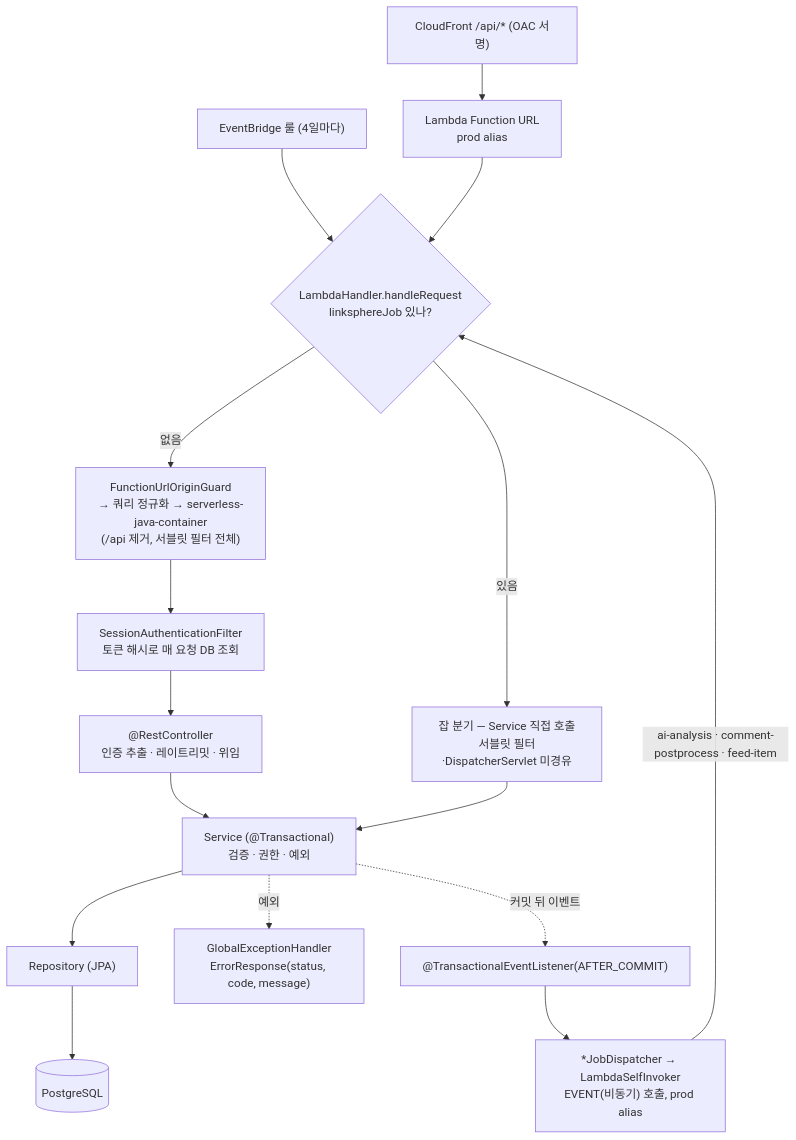
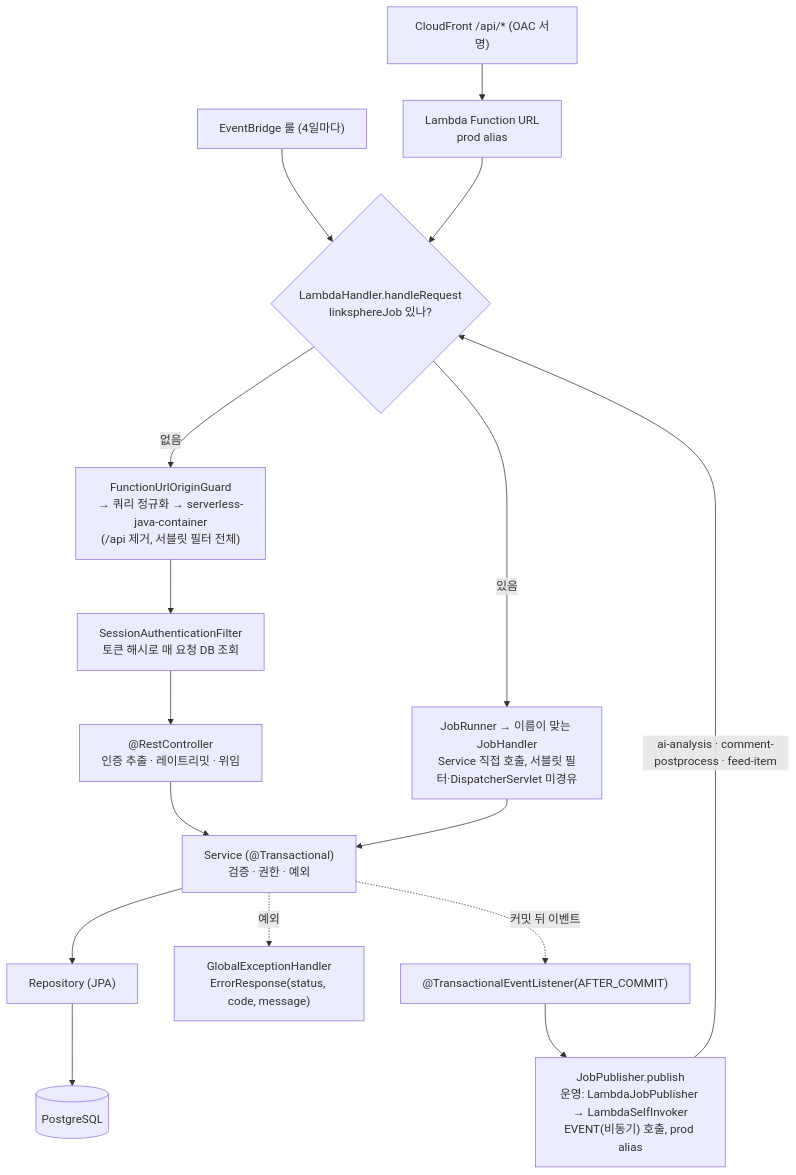
The first of 4 diagrams in docs/BE-ARCHITECTURE.md (BAECHAN/link-sphere_BE_NEW), drawn with Mermaid before and after one commit. The commit also changed other lines of this file and 39 other files, not shown here.

````diff
--- a/docs/BE-ARCHITECTURE.md
+++ b/docs/BE-ARCHITECTURE.md
@@ -25,17 +25,17 @@
 ```mermaid
 flowchart TD
   CF["CloudFront /api/* (OAC 서명)"] --> URL["Lambda Function URL<br/>prod alias"]
   EB["EventBridge 룰 (4일마다)"] --> H
   URL --> H{"LambdaHandler.handleRequest<br/>linksphereJob 있나?"}
-  H -->|"있음"| JOB["잡 분기 — Service 직접 호출<br/>서블릿 필터·DispatcherServlet 미경유"]
+  H -->|"있음"| JOB["JobRunner → 이름이 맞는 JobHandler<br/>Service 직접 호출, 서블릿 필터·DispatcherServlet 미경유"]
   H -->|"없음"| G["FunctionUrlOriginGuard<br/>→ 쿼리 정규화 → serverless-java-container<br/>(/api 제거, 서블릿 필터 전체)"]
   G --> F["SessionAuthenticationFilter<br/>토큰 해시로 매 요청 DB 조회"]
   F --> C["@RestController<br/>인증 추출 · 레이트리밋 · 위임"]
   C --> S["Service (@Transactional)<br/>검증 · 권한 · 예외"]
   S --> R["Repository (JPA)"] --> DB[("PostgreSQL")]
   S -.->|"예외"| EH["GlobalExceptionHandler<br/>ErrorResponse(status, code, message)"]
   S -.->|"커밋 뒤 이벤트"| AC["@TransactionalEventListener(AFTER_COMMIT)"]
-  AC --> D["*JobDispatcher → LambdaSelfInvoker<br/>EVENT(비동기) 호출, prod alias"]
+  AC --> D["JobPublisher.publish<br/>운영: LambdaJobPublisher → LambdaSelfInvoker<br/>EVENT(비동기) 호출, prod alias"]
   D -->|"ai-analysis · comment-postprocess · feed-item"| H
   JOB --> S
 ```
````
